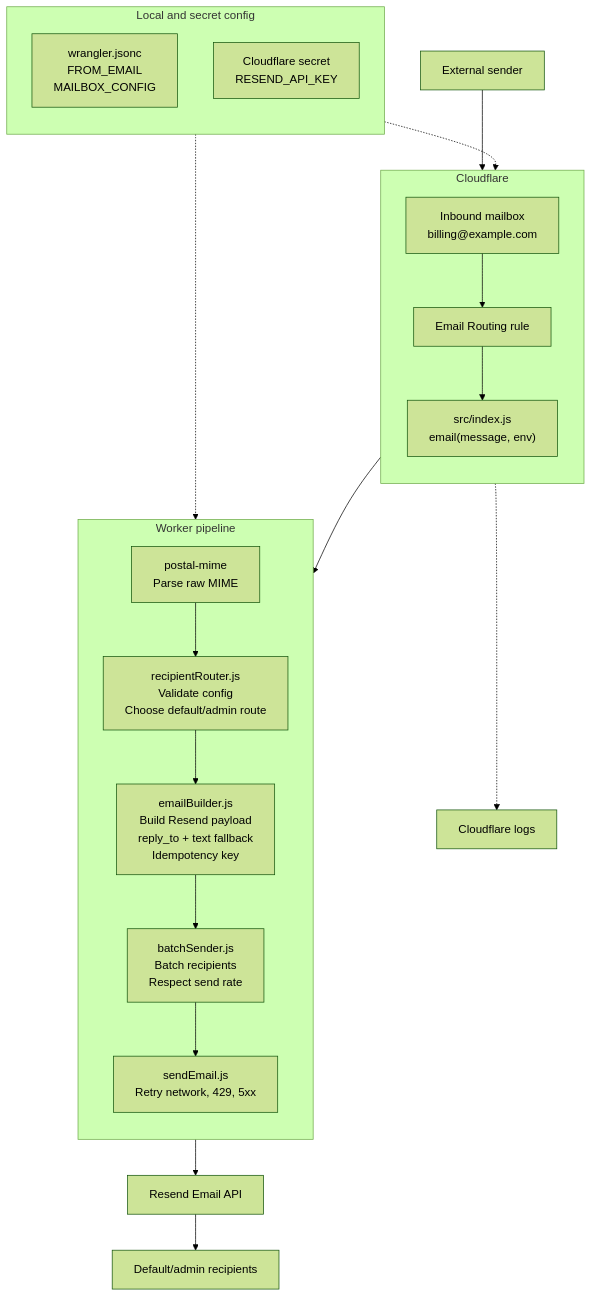
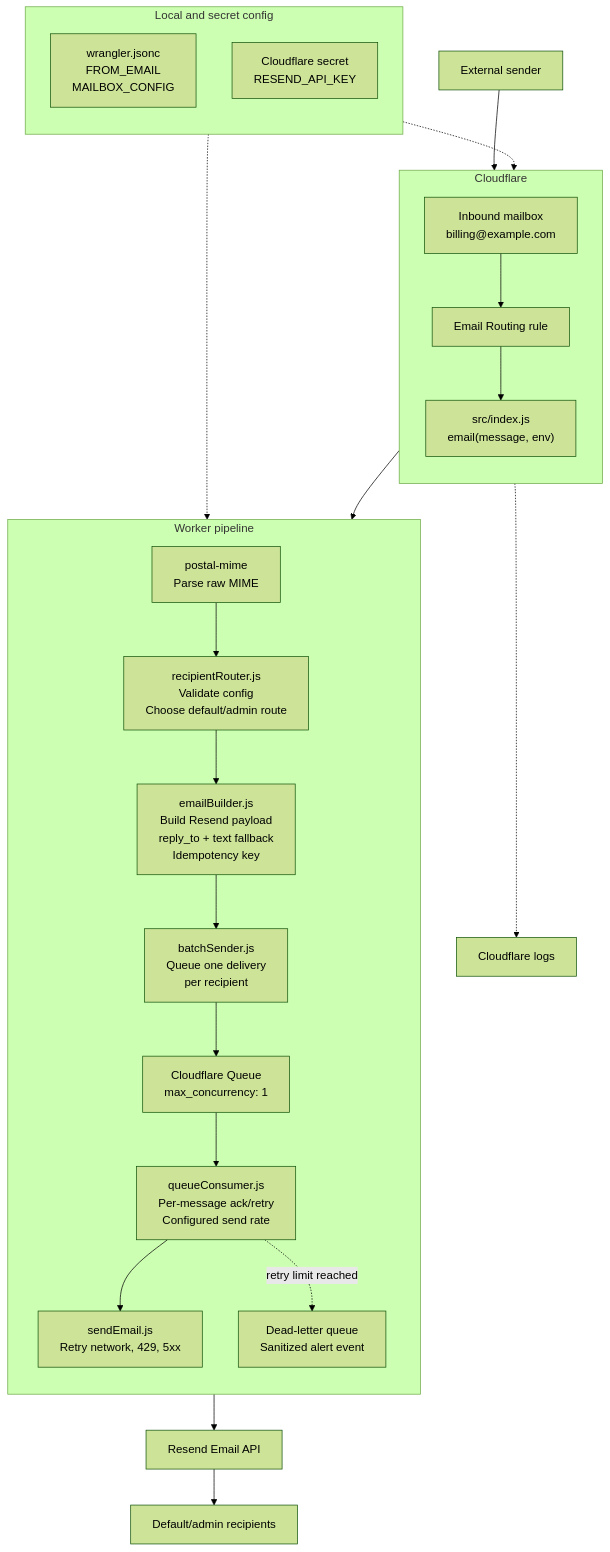
One commit to lucasfalkowski/mailbridge changed the first of 2 diagrams in README.md. Above: the diagram before and after it, drawn with Mermaid (forest theme). The commit also changed other lines of this file and 18 other files, not shown here.

Commit message:
CL Queue-based email forwarding with per-recipient retries

````diff
--- a/README.md
+++ b/README.md
@@ -32,32 +33,35 @@
 ```mermaid
 flowchart TD
   sender["External sender"] --> inbound["Inbound mailbox<br/>billing@example.com"]
 
   subgraph cloudflare["Cloudflare"]
     direction TD
     inbound --> routing["Email Routing rule"]
     routing --> handler["src/index.js<br/>email(message, env)"]
   end
 
   subgraph worker["Worker pipeline"]
     direction TD
     handler --> parser["postal-mime<br/>Parse raw MIME"]
     parser --> route["recipientRouter.js<br/>Validate config<br/>Choose default/admin route"]
     route --> build["emailBuilder.js<br/>Build Resend payload<br/>reply_to + text fallback<br/>Idempotency key"]
-    build --> batch["batchSender.js<br/>Batch recipients<br/>Respect send rate"]
-    batch --> retry["sendEmail.js<br/>Retry network, 429, 5xx"]
+    build --> producer["batchSender.js<br/>Queue one delivery<br/>per recipient"]
+    producer --> queue["Cloudflare Queue<br/>max_concurrency: 1"]
+    queue --> consumer["queueConsumer.js<br/>Per-message ack/retry<br/>Configured send rate"]
+    consumer --> retry["sendEmail.js<br/>Retry network, 429, 5xx"]
+    consumer -. "retry limit reached" .-> dlq["Dead-letter queue<br/>Sanitized alert event"]
   end
 
   subgraph config["Local and secret config"]
     direction TD
     wrangler["wrangler.jsonc<br/>FROM_EMAIL<br/>MAILBOX_CONFIG"]
     secret["Cloudflare secret<br/>RESEND_API_KEY"]
   end
 
   wrangler -.-> handler
   secret -.-> retry
   retry --> resend["Resend Email API"]
   resend --> recipients["Default/admin recipients"]
 
   handler -.-> logs["Cloudflare logs"]
 ```
````
